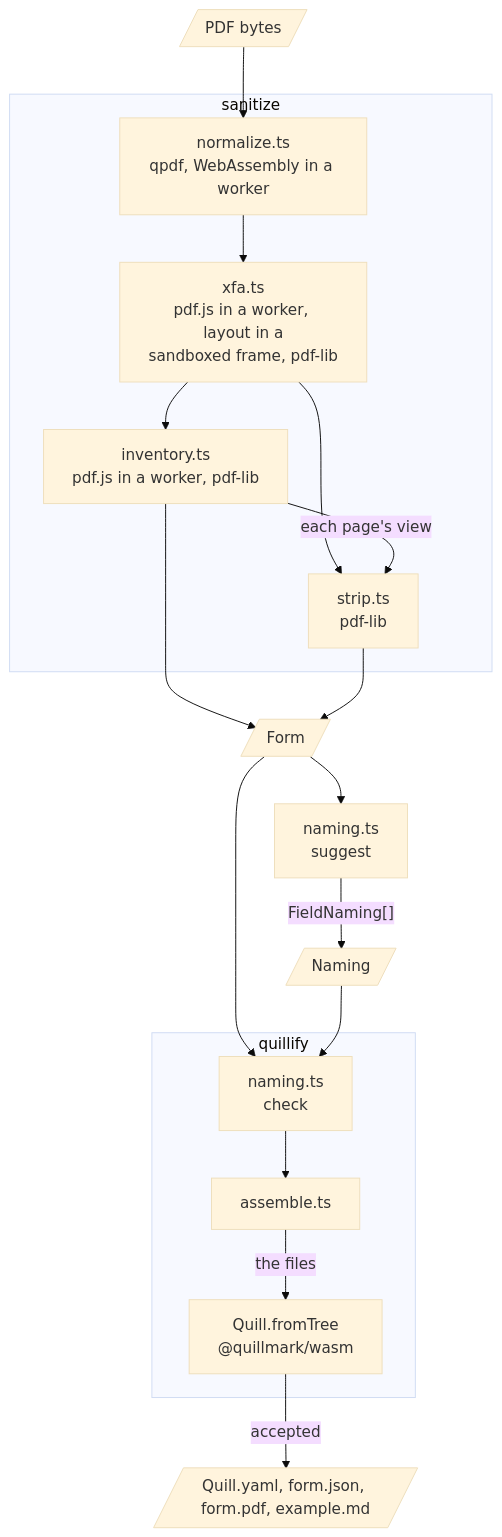
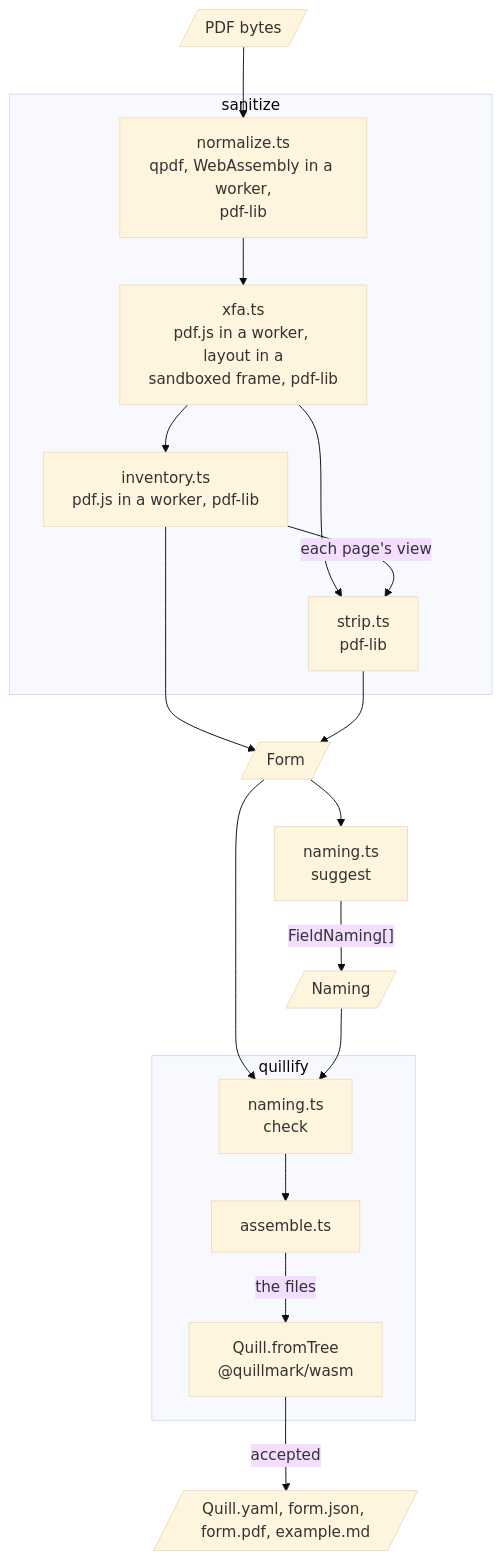
The diagram in prose/canon/ARCHITECTURE.md (blackpeacockprinting/quillify), drawn with Mermaid (base theme) before and after one commit. The commit also changed other lines of this file and 6 other files, not shown here.

````diff
--- a/prose/canon/ARCHITECTURE.md
+++ b/prose/canon/ARCHITECTURE.md
@@ -9,19 +9,19 @@
 ```mermaid
 flowchart TD
     pdf[/PDF bytes/] --> normalize
     subgraph sanitize
-        normalize["normalize.ts<br/>qpdf, WebAssembly in a worker"] --> xfa["xfa.ts<br/>pdf.js in a worker, layout in a<br/>sandboxed frame, pdf-lib"]
+        normalize["normalize.ts<br/>qpdf, WebAssembly in a worker,<br/>pdf-lib"] --> xfa["xfa.ts<br/>pdf.js in a worker, layout in a<br/>sandboxed frame, pdf-lib"]
         xfa --> inventory["inventory.ts<br/>pdf.js in a worker, pdf-lib"]
         xfa --> strip["strip.ts<br/>pdf-lib"]
         inventory -->|"each page's view"| strip
     end
     inventory --> form[/Form/]
     strip --> form
     form --> suggest["naming.ts<br/>suggest"] -->|"FieldNaming[]"| naming[/Naming/]
     form --> check
     naming --> check
     subgraph quillify
         check["naming.ts<br/>check"] --> assemble["assemble.ts"] -->|the files| engine["Quill.fromTree<br/>@quillmark/wasm"]
     end
     engine -->|accepted| tree[/"Quill.yaml, form.json, form.pdf, example.md"/]
 ```
````
